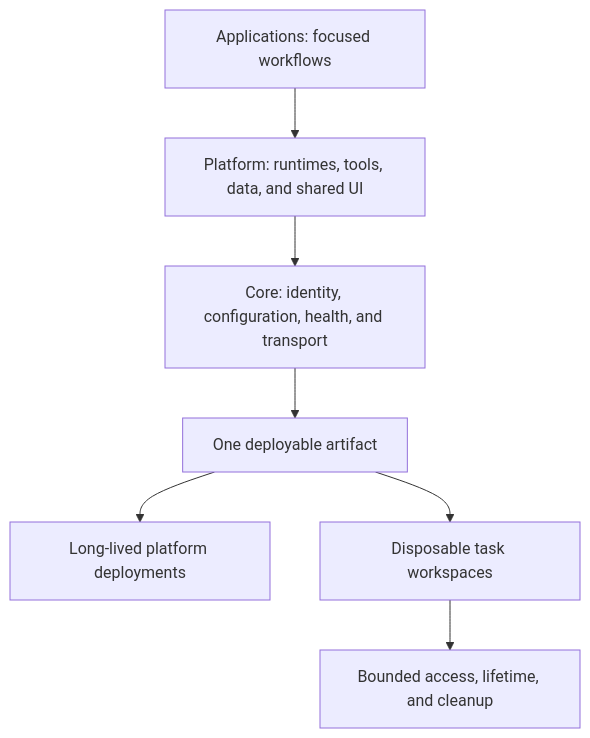
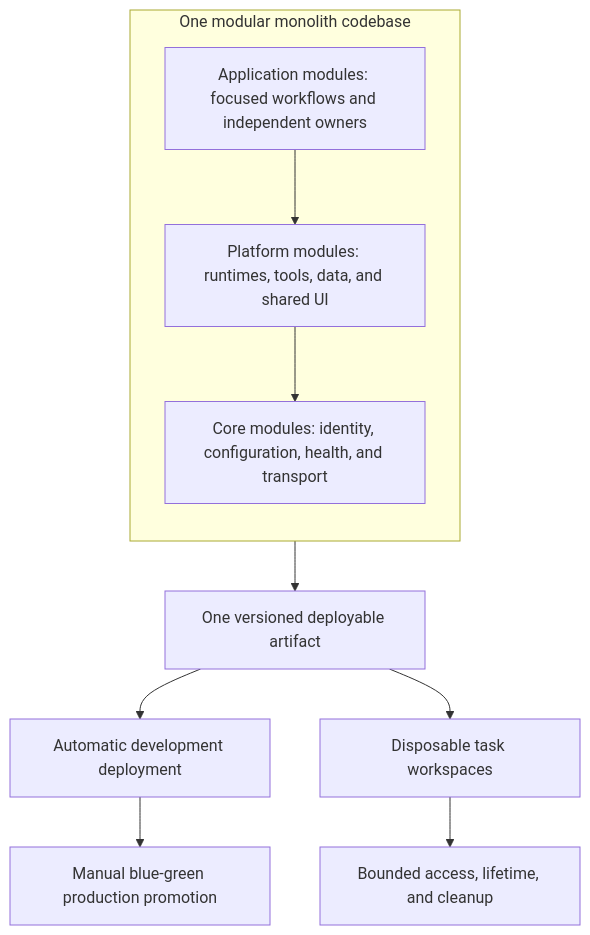
Before and after one commit to leoncheng57/leoncheng57.github.io: the second of 6 diagrams in src/content/blog/building-hedwig-ai-tooling-hub.md, drawn with Mermaid. The commit also changed other lines of this file and 18 other files, not shown here.

````diff
--- a/src/content/blog/building-hedwig-ai-tooling-hub.md
+++ b/src/content/blog/building-hedwig-ai-tooling-hub.md
@@ -95,10 +84,15 @@
 ```mermaid
-%% title: Layered code architecture and deployment boundaries
+%% title: A modular monolith keeps application boundaries inside one codebase
+%% size: medium
 flowchart TD
-  Applications["Applications: focused workflows"] --> Platform["Platform: runtimes, tools, data, and shared UI"]
-  Platform --> Core["Core: identity, configuration, health, and transport"]
-  Core --> Artifact["One deployable artifact"]
-  Artifact --> Durable["Long-lived platform deployments"]
+  subgraph Codebase["One modular monolith codebase"]
+    direction TD
+    Applications["Application modules: focused workflows and independent owners"] --> Platform["Platform modules: runtimes, tools, data, and shared UI"]
+    Platform --> Core["Core modules: identity, configuration, health, and transport"]
+  end
+  Codebase --> Artifact["One versioned deployable artifact"]
+  Artifact --> Dev["Automatic development deployment"]
+  Dev --> Production["Manual blue-green production promotion"]
   Artifact --> Workspace["Disposable task workspaces"]
   Workspace --> Cleanup["Bounded access, lifetime, and cleanup"]
 ```
````
